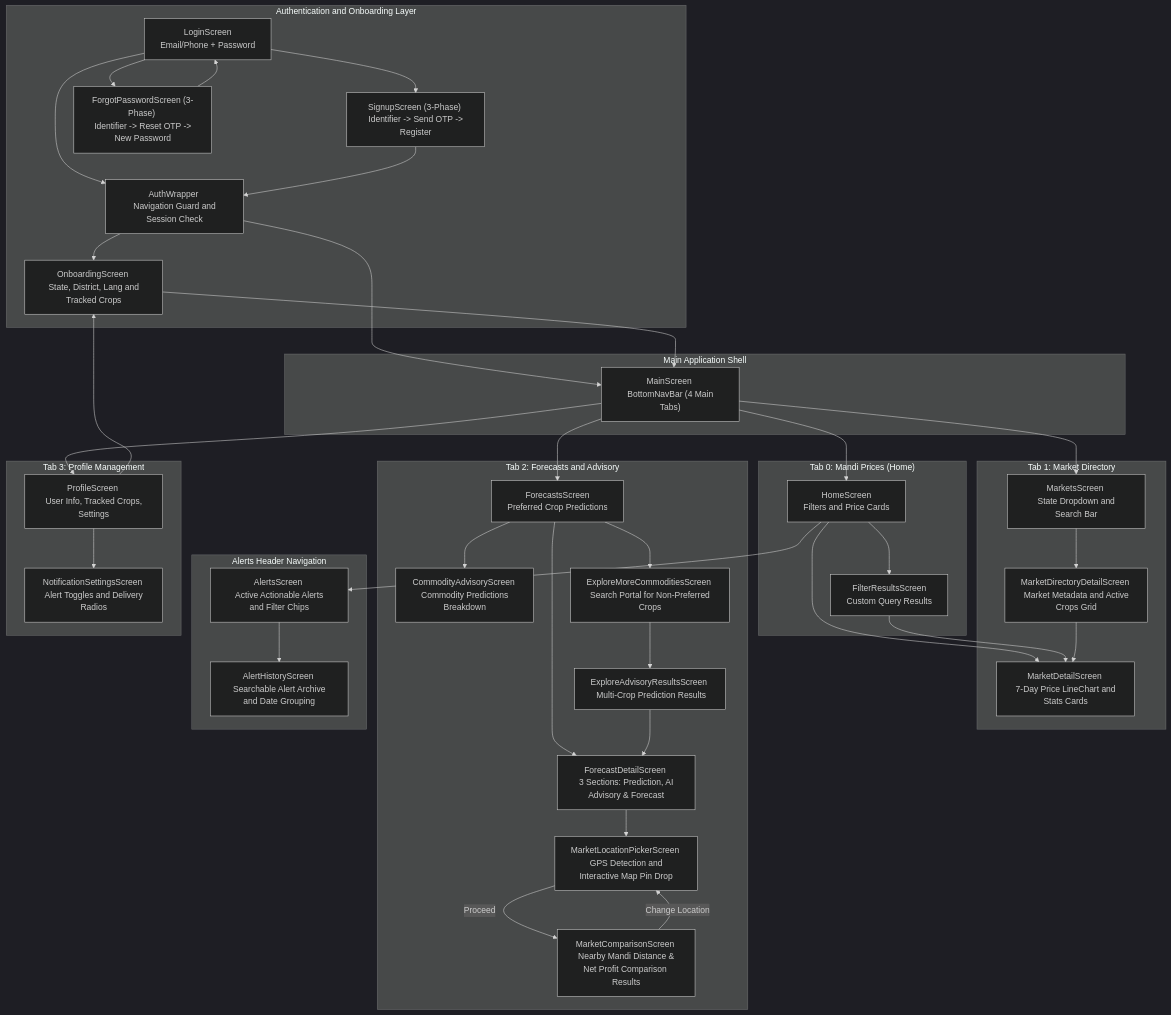
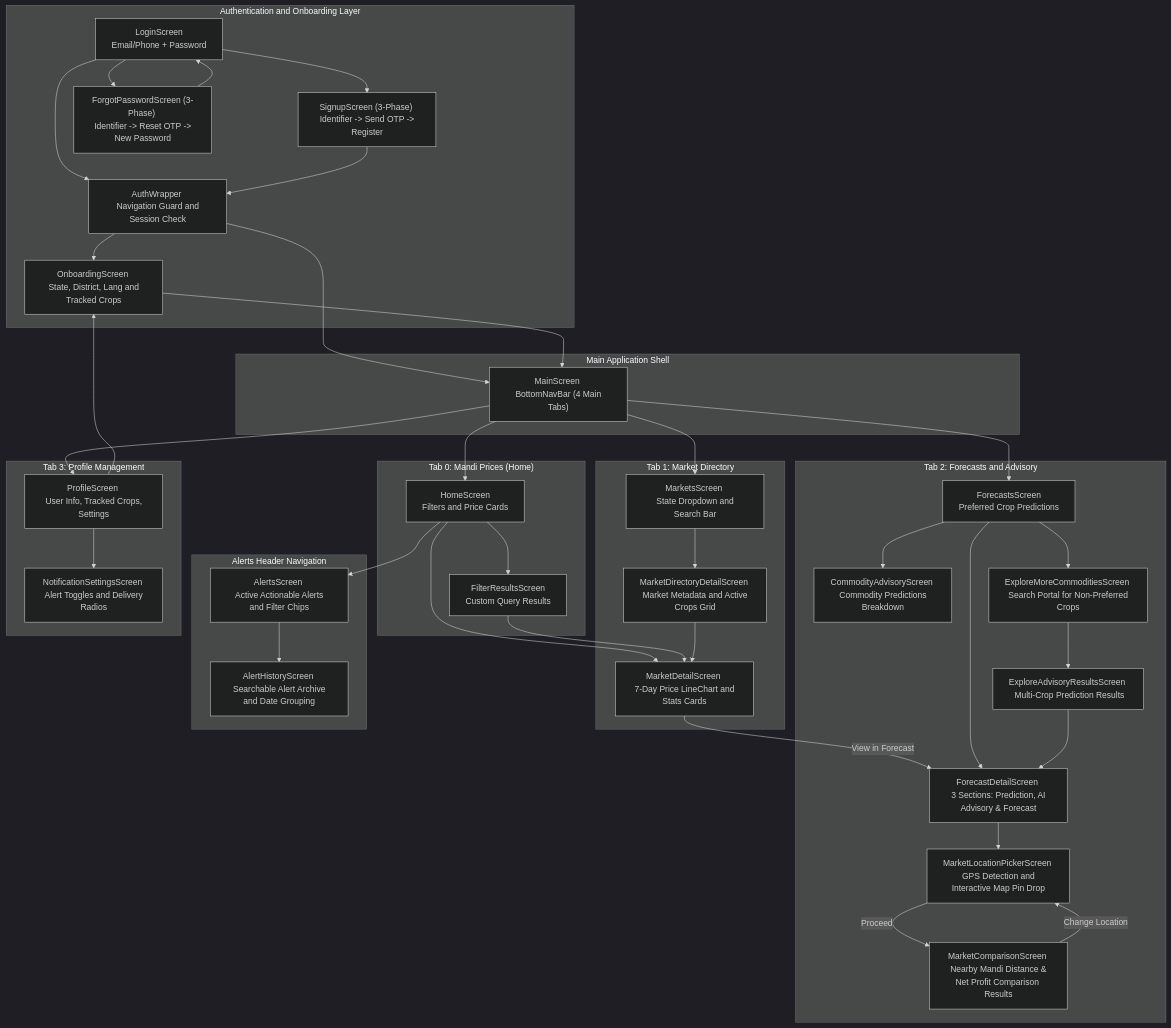
The third of 4 diagrams in agent_helper.md (Navaneeth832/mandi-intelligence-app), drawn with Mermaid (dark theme) before and after one commit. The commit also changed other lines of this file and 40 other files, not shown here.

Commit message:
Update app icon, onboarding profile setup flow, notification banner, and forecast navigation

````diff
--- a/agent_helper.md
+++ b/agent_helper.md
@@ -310,75 +310,76 @@
 ```mermaid
 flowchart TB
     subgraph AuthLayer ["Authentication and Onboarding Layer"]
         AuthWrapper["AuthWrapper \n Navigation Guard and Session Check"]
         LoginScreen["LoginScreen \n Email/Phone + Password"]
         SignupScreen["SignupScreen (3-Phase) \n Identifier -> Send OTP -> Register"]
         ForgotPasswordScreen["ForgotPasswordScreen (3-Phase) \n Identifier -> Reset OTP -> New Password"]
         OnboardingScreen["OnboardingScreen \n State, District, Lang and Tracked Crops"]
     end
 
     subgraph AppHub ["Main Application Shell"]
         MainScreen["MainScreen \n BottomNavBar (4 Main Tabs)"]
     end
 
     subgraph HomeTab ["Tab 0: Mandi Prices (Home)"]
         HomeScreen["HomeScreen \n Filters and Price Cards"]
         FilterResultsScreen["FilterResultsScreen \n Custom Query Results"]
     end
 
     subgraph MarketsTab ["Tab 1: Market Directory"]
         MarketsScreen["MarketsScreen \n State Dropdown and Search Bar"]
         MarketDirectoryDetailScreen["MarketDirectoryDetailScreen \n Market Metadata and Active Crops Grid"]
         MarketDetailScreen["MarketDetailScreen \n 7-Day Price LineChart and Stats Cards"]
     end
 
     subgraph AdvisoryTab ["Tab 2: Forecasts and Advisory"]
         ForecastsScreen["ForecastsScreen \n Preferred Crop Predictions"]
         CommodityAdvisoryScreen["CommodityAdvisoryScreen \n Commodity Predictions Breakdown"]
         ExploreMoreCommoditiesScreen["ExploreMoreCommoditiesScreen \n Search Portal for Non-Preferred Crops"]
         ExploreAdvisoryResultsScreen["ExploreAdvisoryResultsScreen \n Multi-Crop Prediction Results"]
         ForecastDetailScreen["ForecastDetailScreen \n 3 Sections: Prediction, AI Advisory & Forecast"]
         MarketLocationPickerScreen["MarketLocationPickerScreen \n GPS Detection and Interactive Map Pin Drop"]
         MarketComparisonScreen["MarketComparisonScreen \n Nearby Mandi Distance & Net Profit Comparison Results"]
     end
 
     subgraph AlertsHeader ["Alerts Header Navigation"]
         AlertsScreen["AlertsScreen \n Active Actionable Alerts and Filter Chips"]
         AlertHistoryScreen["AlertHistoryScreen \n Searchable Alert Archive and Date Grouping"]
     end
 
     subgraph ProfileTab ["Tab 3: Profile Management"]
         ProfileScreen["ProfileScreen \n User Info, Tracked Crops, Settings"]
         NotificationSettingsScreen["NotificationSettingsScreen \n Alert Toggles and Delivery Radios"]
     end
 
     LoginScreen --> SignupScreen
     LoginScreen --> ForgotPasswordScreen
     LoginScreen --> AuthWrapper
     SignupScreen --> AuthWrapper
     ForgotPasswordScreen --> LoginScreen
     AuthWrapper --> OnboardingScreen
     AuthWrapper --> MainScreen
     OnboardingScreen --> MainScreen
     MainScreen --> HomeScreen
     MainScreen --> MarketsScreen
     MainScreen --> ForecastsScreen
     MainScreen --> ProfileScreen
     HomeScreen --> AlertsScreen
     AlertsScreen --> AlertHistoryScreen
     HomeScreen --> FilterResultsScreen
     HomeScreen --> MarketDetailScreen
     FilterResultsScreen --> MarketDetailScreen
     MarketsScreen --> MarketDirectoryDetailScreen
     MarketDirectoryDetailScreen --> MarketDetailScreen
+    MarketDetailScreen -->|"View in Forecast"| ForecastDetailScreen
     ForecastsScreen --> CommodityAdvisoryScreen
     ForecastsScreen --> ExploreMoreCommoditiesScreen
     ForecastsScreen --> ForecastDetailScreen
     ExploreMoreCommoditiesScreen --> ExploreAdvisoryResultsScreen
     ExploreAdvisoryResultsScreen --> ForecastDetailScreen
     ForecastDetailScreen --> MarketLocationPickerScreen
     MarketLocationPickerScreen -->|"Proceed"| MarketComparisonScreen
     MarketComparisonScreen -->|"Change Location"| MarketLocationPickerScreen
     ProfileScreen --> OnboardingScreen
     ProfileScreen --> NotificationSettingsScreen
 ```
````
